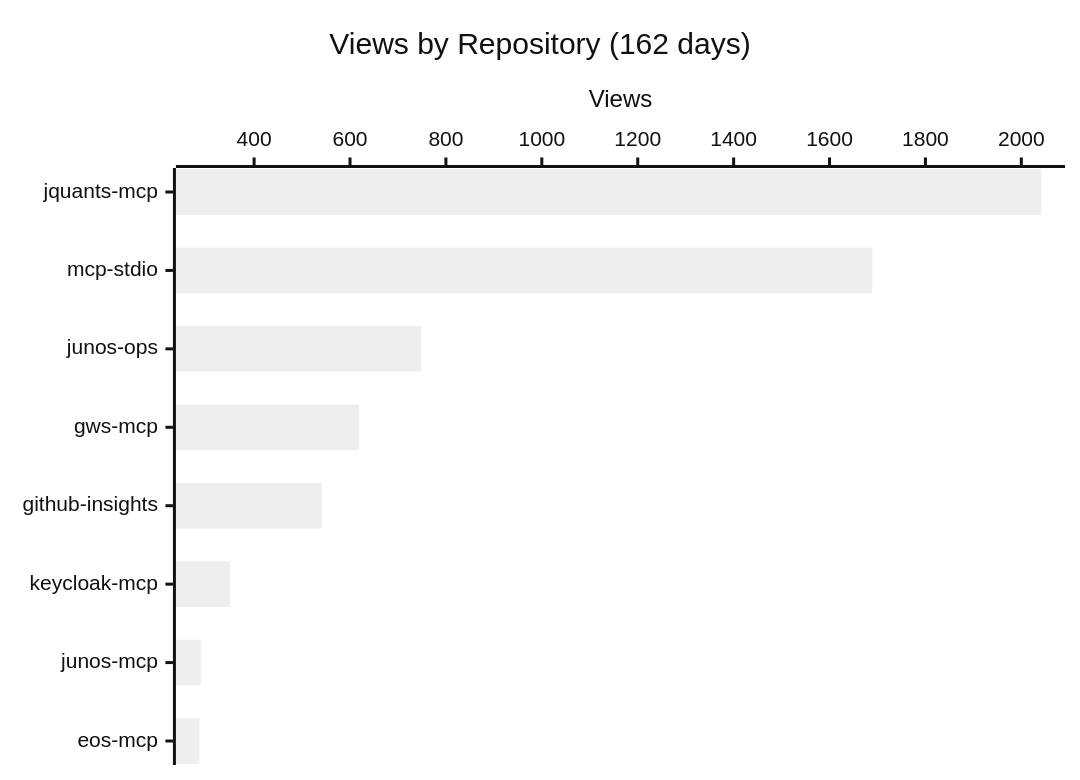
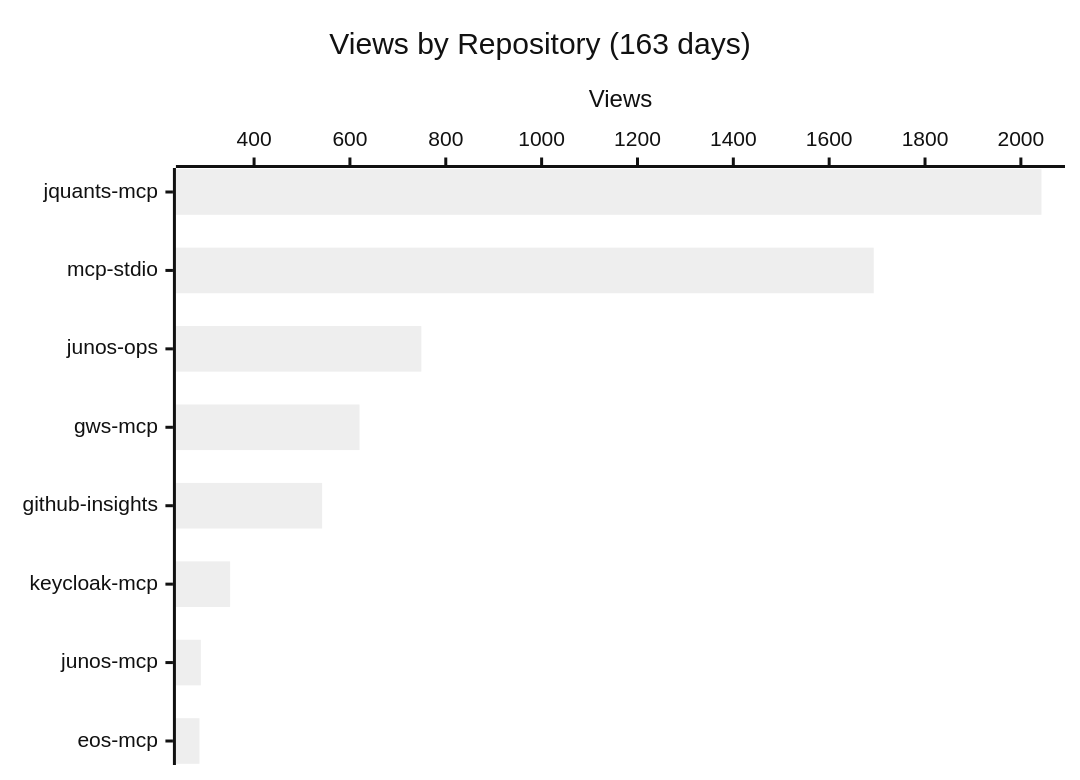
Before and after one commit to shigechika/github-insights: the first of 4 diagrams in README.md, drawn with Mermaid (neutral theme). The commit also changed other lines of this file and 2 other files, not shown here.

````diff
--- a/README.md
+++ b/README.md
@@ -18,7 +18,7 @@
 ```mermaid
 xychart-beta horizontal
-    title "Views by Repository (162 days)"
+    title "Views by Repository (163 days)"
     x-axis ["jquants-mcp", "mcp-stdio", "junos-ops", "gws-mcp", "github-insights", "keycloak-mcp", "junos-mcp", "eos-mcp"]
     y-axis "Views"
-    bar [2042, 1689, 749, 619, 541, 350, 289, 286]
+    bar [2043, 1693, 749, 620, 542, 350, 289, 286]
 ```
````
